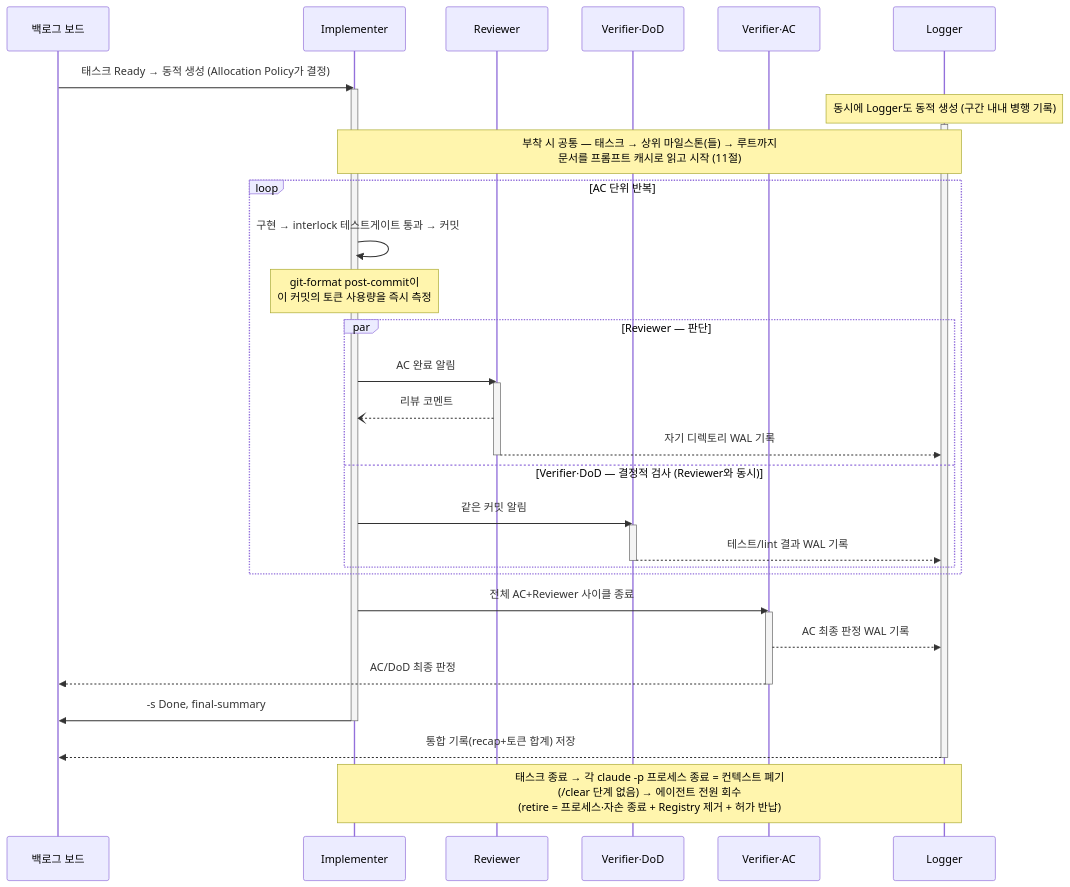
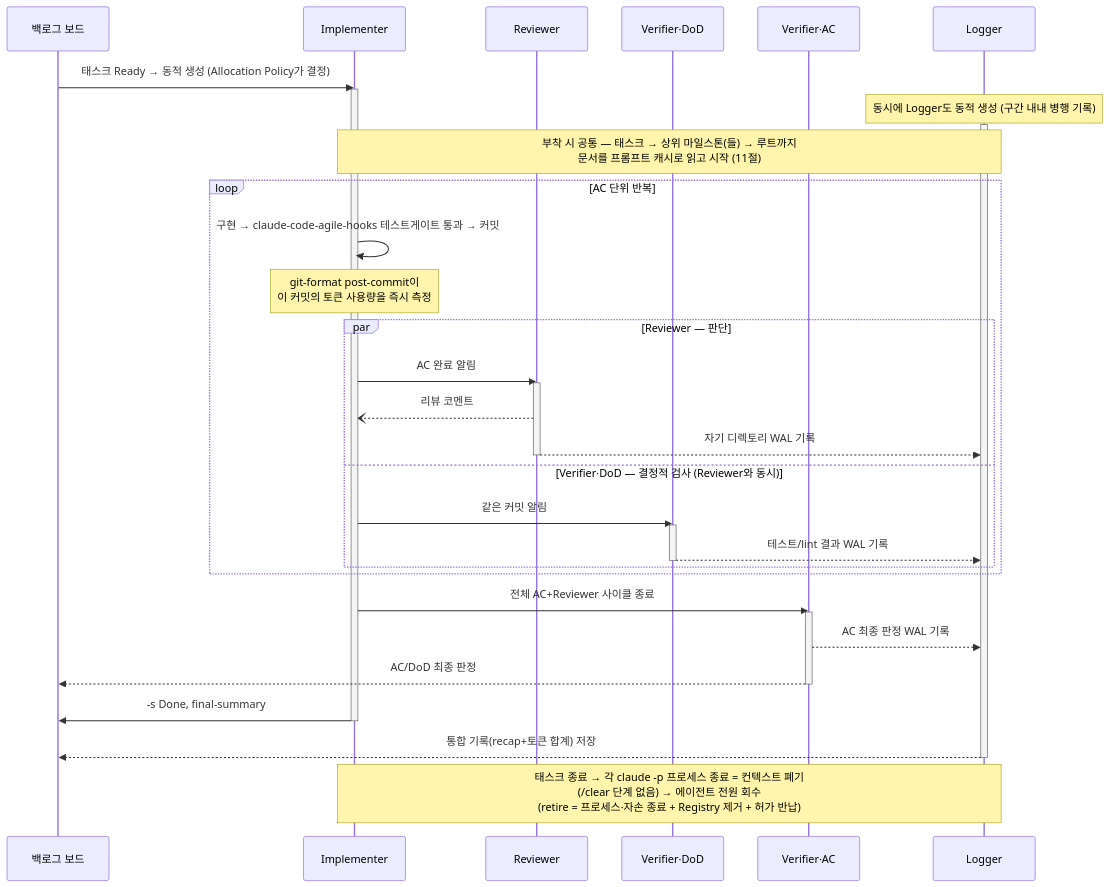
Before and after one commit to coralstay/coralstay-software-factory: the diagram in diagrams/07-task-sequence.mmd, drawn with Mermaid. The commit also changed 10 other files, not shown here.

First line of the commit message:
interlock을 claude-code-agile-hooks로 확정하고 3.03 §2에 세 가지 성격 반영

```diff
--- a/diagrams/07-task-sequence.mmd
+++ b/diagrams/07-task-sequence.mmd
@@ -1,42 +1,42 @@
 sequenceDiagram
     participant Board as 백로그 보드
     participant Imp as Implementer
     participant Rev as Reviewer
     participant VD as Verifier·DoD
     participant VA as Verifier·AC
     participant Log as Logger
 
     Board->>Imp: 태스크 Ready → 동적 생성 (Allocation Policy가 결정)
     activate Imp
     Note over Log: 동시에 Logger도 동적 생성 (구간 내내 병행 기록)
     activate Log
     Note over Imp,Log: 부착 시 공통 — 태스크 → 상위 마일스톤(들) → 루트까지<br/>문서를 프롬프트 캐시로 읽고 시작 (11절)
 
     loop AC 단위 반복
-        Imp->>Imp: 구현 → interlock 테스트게이트 통과 → 커밋
+        Imp->>Imp: 구현 → claude-code-agile-hooks 테스트게이트 통과 → 커밋
         Note over Imp: git-format post-commit이<br/>이 커밋의 토큰 사용량을 즉시 측정
         par Reviewer — 판단
             Imp->>Rev: AC 완료 알림
             activate Rev
             Rev--)Imp: 리뷰 코멘트
             Rev-->>Log: 자기 디렉토리 WAL 기록
             deactivate Rev
         and Verifier·DoD — 결정적 검사 (Reviewer와 동시)
             Imp->>VD: 같은 커밋 알림
             activate VD
             VD-->>Log: 테스트/lint 결과 WAL 기록
             deactivate VD
         end
     end
 
     Imp->>VA: 전체 AC+Reviewer 사이클 종료
     activate VA
     VA-->>Log: AC 최종 판정 WAL 기록
     VA-->>Board: AC/DoD 최종 판정
     deactivate VA
 
     Imp->>Board: -s Done, final-summary
     deactivate Imp
     Log-->>Board: 통합 기록(recap+토큰 합계) 저장
     deactivate Log
     Note over Imp,Log: 태스크 종료 → 각 claude -p 프로세스 종료 = 컨텍스트 폐기<br/>(/clear 단계 없음) → 에이전트 전원 회수<br/>(retire = 프로세스·자손 종료 + Registry 제거 + 허가 반납)
```
